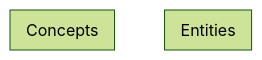
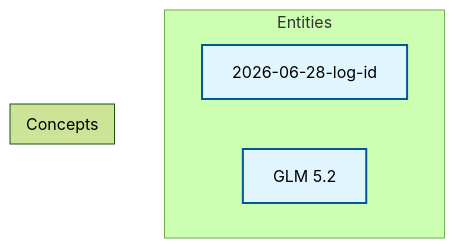
One commit to dannytsao/PersonalKM changed the diagram in wiki/knowledge-graph.md. Above: the diagram before and after it, drawn with Mermaid (forest theme). The commit also changed other lines of this file and 6 other files, not shown here.

````diff
--- a/wiki/knowledge-graph.md
+++ b/wiki/knowledge-graph.md
@@ -7,13 +7,19 @@
 ```mermaid
 %%{init: {'flowchart': {'useMaxWidth': false, 'htmlLabels': true, 'curve': 'basis', 'padding': 15}}}%%
 flowchart TD
     classDef entity fill:#e1f5fe,stroke:#01579b,stroke-width:2px,cursor:pointer;
     classDef concept fill:#fff3e0,stroke:#e65100,stroke-width:1px,cursor:pointer;
 
     subgraph Entities
+        p_2026_06_28_log_id["2026-06-28-log-id"]
+        click p_2026_06_28_log_id "entities/2026-06-28-log-id.md" "Open 2026-06-28-log-id"
+        class p_2026_06_28_log_id entity
+        glm_5_2["GLM 5.2"]
+        click glm_5_2 "entities/glm-5-2.md" "Open GLM 5.2"
+        class glm_5_2 entity
     end
 
     subgraph Concepts
     end
 
 ```
````
